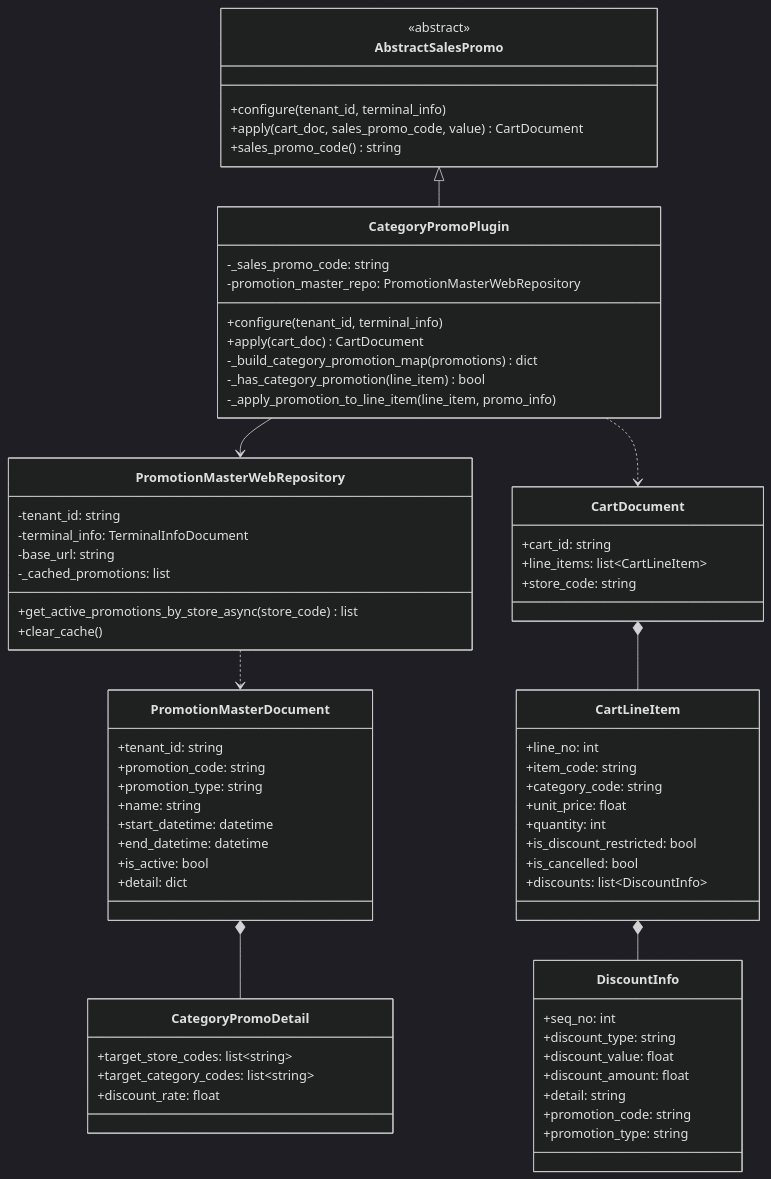
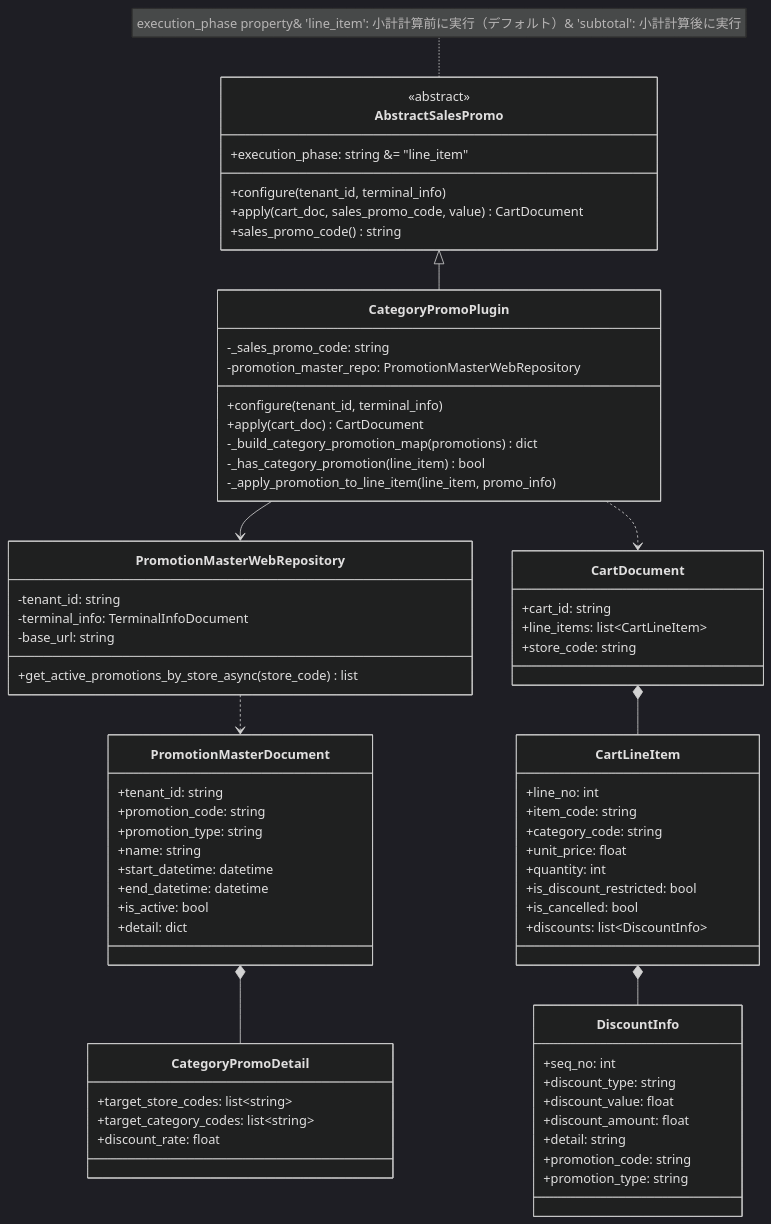
One commit to kugel-masa/kugelpos-backend changed the third of 8 diagrams in specs/1-category-promo/architecture-diagrams.md. Above: the diagram before and after it, drawn with Mermaid (dark theme). The commit also changed other lines of this file and 7 other files, not shown here.

First line of the commit message:
feat: Add execution phase to sales promotion plugin architecture

````diff
--- a/specs/1-category-promo/architecture-diagrams.md
+++ b/specs/1-category-promo/architecture-diagrams.md
@@ -108,80 +108,81 @@
 ```mermaid
 classDiagram
     class AbstractSalesPromo {
         <<abstract>>
+        +execution_phase: string &#61; "line_item"
         +configure(tenant_id, terminal_info)
         +apply(cart_doc, sales_promo_code, value) CartDocument
         +sales_promo_code() string
     }
 
     class CategoryPromoPlugin {
         -_sales_promo_code: string
         -promotion_master_repo: PromotionMasterWebRepository
         +configure(tenant_id, terminal_info)
         +apply(cart_doc) CartDocument
         -_build_category_promotion_map(promotions) dict
         -_has_category_promotion(line_item) bool
         -_apply_promotion_to_line_item(line_item, promo_info)
     }
 
+    note for AbstractSalesPromo "execution_phase property&#10;'line_item': 小計計算前に実行（デフォルト）&#10;'subtotal': 小計計算後に実行"
+
     class PromotionMasterWebRepository {
         -tenant_id: string
         -terminal_info: TerminalInfoDocument
         -base_url: string
-        -_cached_promotions: list
         +get_active_promotions_by_store_async(store_code) list
-        +clear_cache()
     }
 
     class PromotionMasterDocument {
         +tenant_id: string
         +promotion_code: string
         +promotion_type: string
         +name: string
         +start_datetime: datetime
         +end_datetime: datetime
         +is_active: bool
         +detail: dict
     }
 
     class CategoryPromoDetail {
         +target_store_codes: list~string~
         +target_category_codes: list~string~
         +discount_rate: float
     }
 
     class CartDocument {
         +cart_id: string
         +line_items: list~CartLineItem~
         +store_code: string
     }
 
     class CartLineItem {
         +line_no: int
         +item_code: string
         +category_code: string
         +unit_price: float
         +quantity: int
         +is_discount_restricted: bool
         +is_cancelled: bool
         +discounts: list~DiscountInfo~
     }
 
     class DiscountInfo {
         +seq_no: int
         +discount_type: string
         +discount_value: float
         +discount_amount: float
         +detail: string
         +promotion_code: string
         +promotion_type: string
     }
 
     AbstractSalesPromo <|-- CategoryPromoPlugin
     CategoryPromoPlugin --> PromotionMasterWebRepository
     PromotionMasterWebRepository ..> PromotionMasterDocument
     PromotionMasterDocument *-- CategoryPromoDetail
     CartDocument *-- CartLineItem
     CartLineItem *-- DiscountInfo
     CategoryPromoPlugin ..> CartDocument
 ```
````
